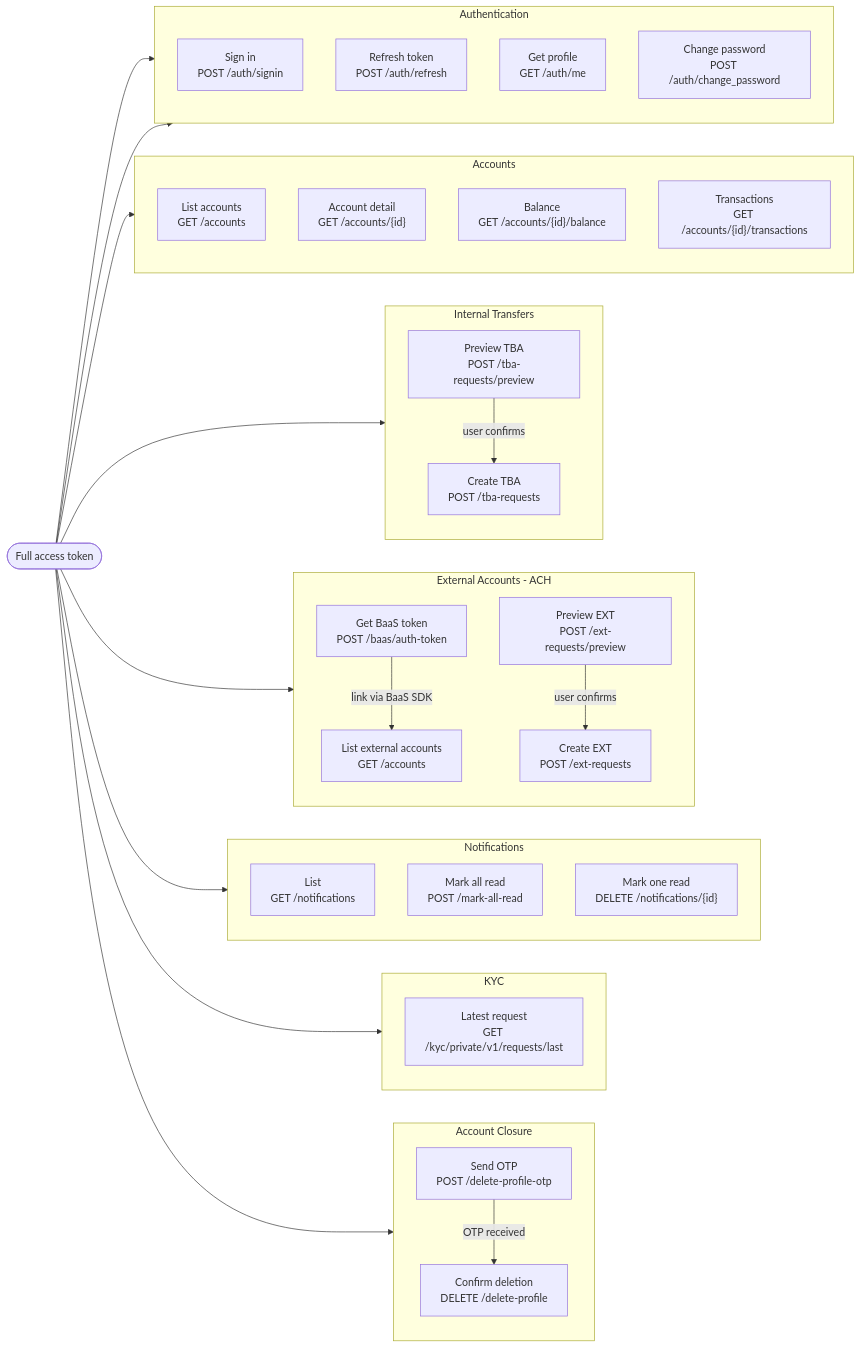
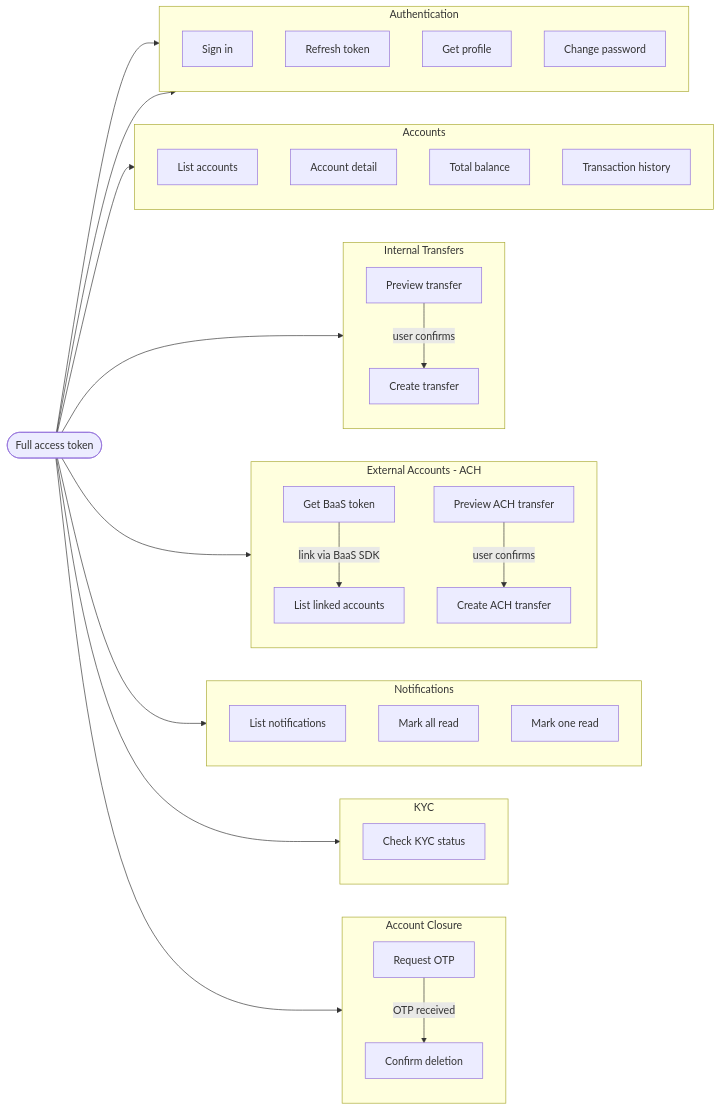
One commit to skhan-cpu/readme-paid changed the second of 3 diagrams in docs/Getting Started/getting-started.md. Above: the diagram before and after it, drawn with Mermaid.

Commit message:
Update doc `getting-started`

````diff
--- a/docs/Getting Started/getting-started.md
+++ b/docs/Getting Started/getting-started.md
@@ -77,64 +77,64 @@
 ```mermaid
 flowchart LR
     START([Full access token]) --> AUTH
 
     subgraph AUTH[Authentication]
         direction TB
-        A1["Sign in\nPOST /auth/signin"]
-        A2["Refresh token\nPOST /auth/refresh"]
-        A3["Get profile\nGET /auth/me"]
-        A4["Change password\nPOST /auth/change_password"]
+        A1[Sign in]
+        A2[Refresh token]
+        A3[Get profile]
+        A4[Change password]
     end
 
     subgraph ACCTS[Accounts]
         direction TB
-        B1["List accounts\nGET /accounts"]
-        B2["Account detail\nGET /accounts/{id}"]
-        B3["Balance\nGET /accounts/{id}/balance"]
-        B4["Transactions\nGET /accounts/{id}/transactions"]
+        B1[List accounts]
+        B2[Account detail]
+        B3[Total balance]
+        B4[Transaction history]
     end
 
     subgraph TBA[Internal Transfers]
         direction TB
-        C1["Preview TBA\nPOST /tba-requests/preview"]
-        C2["Create TBA\nPOST /tba-requests"]
+        C1[Preview transfer]
+        C2[Create transfer]
         C1 -->|user confirms| C2
     end
 
     subgraph EXT[External Accounts - ACH]
         direction TB
-        D1["Get BaaS token\nPOST /baas/auth-token"]
-        D2["List external accounts\nGET /accounts"]
-        D3["Preview EXT\nPOST /ext-requests/preview"]
-        D4["Create EXT\nPOST /ext-requests"]
+        D1[Get BaaS token]
+        D2[List linked accounts]
+        D3[Preview ACH transfer]
+        D4[Create ACH transfer]
         D1 -->|link via BaaS SDK| D2
         D3 -->|user confirms| D4
     end
 
     subgraph NOTIF[Notifications]
         direction TB
-        E1["List\nGET /notifications"]
-        E2["Mark all read\nPOST /mark-all-read"]
-        E3["Mark one read\nDELETE /notifications/{id}"]
+        E1[List notifications]
+        E2[Mark all read]
+        E3[Mark one read]
     end
 
     subgraph KYC[KYC]
         direction TB
-        F1["Latest request\nGET /kyc/private/v1/requests/last"]
+        F1[Check KYC status]
     end
 
     subgraph CLOSE[Account Closure]
         direction TB
-        G1["Send OTP\nPOST /delete-profile-otp"]
-        G2["Confirm deletion\nDELETE /delete-profile"]
+        G1[Request OTP]
+        G2[Confirm deletion]
         G1 -->|OTP received| G2
     end
 
+    START --> AUTH
     START --> ACCTS
     START --> TBA
     START --> EXT
     START --> NOTIF
     START --> KYC
-    START --> AUTH
     START --> CLOSE
 ```
````
